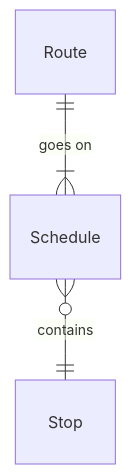
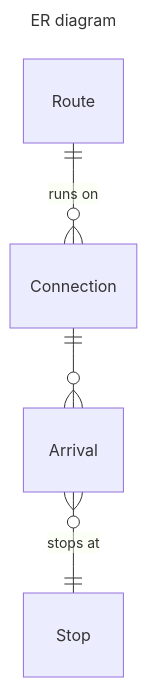
One commit to drewg3r/trout changed the first of 8 diagrams in docs/docs/technical-design/models.md. Above: the diagram before and after it, drawn with Mermaid. The commit also changed other lines of this file, not shown here.

````diff
--- a/docs/docs/technical-design/models.md
+++ b/docs/docs/technical-design/models.md
@@ -19,6 +3,10 @@
-``` mermaid
-	erDiagram
+```mermaid
+---
+title: ER diagram
+---
+erDiagram
 
-		Route ||--|{ Schedule : "goes on"
-		Schedule }o--|| Stop : contains
+	Route ||--o{ Connection : "runs on"
+	Connection ||--o{ Arrival : ""
+	Arrival }o--|| Stop : "stops at"
 ```
````
